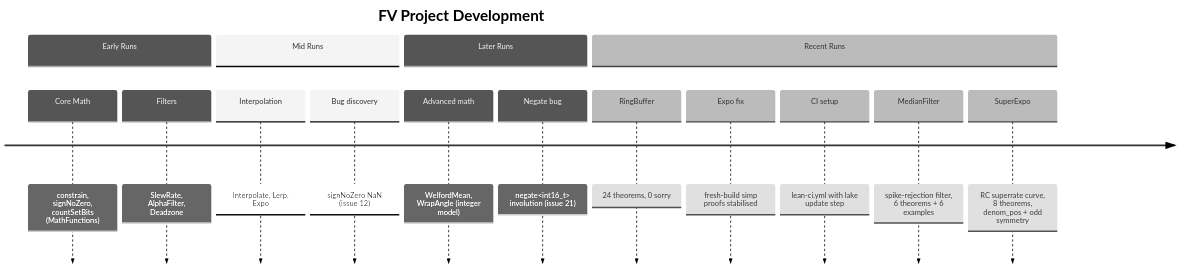
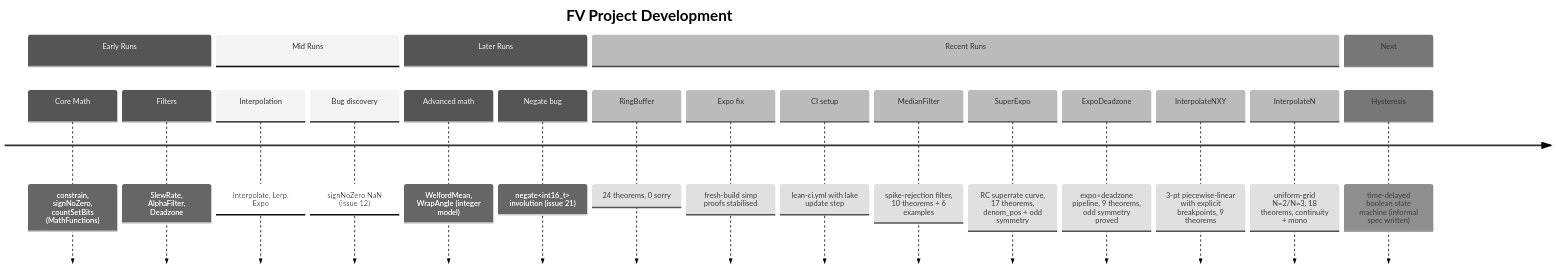
One commit to dsyme/PX4-Autopilot changed diagram 12 of 12 in formal-verification/REPORT.md. Above: the diagram before and after it, drawn with Mermaid (neutral theme). The commit also changed other lines of this file and 1 other file, not shown here.

First line of the commit message:
docs(formal-verification): update REPORT.md to 214 theorems; add Hysteresis informal spec

````diff
--- a/formal-verification/REPORT.md
+++ b/formal-verification/REPORT.md
@@ -311,19 +346,24 @@
 ```mermaid
 timeline
     title FV Project Development
     section Early Runs
         Core Math : constrain, signNoZero, countSetBits (MathFunctions)
         Filters   : SlewRate, AlphaFilter, Deadzone
     section Mid Runs
         Interpolation : Interpolate, Lerp, Expo
         Bug discovery : signNoZero NaN (issue 12)
     section Later Runs
         Advanced math  : WelfordMean, WrapAngle (integer model)
         Negate bug     : negate<int16_t> involution (issue 21)
     section Recent Runs
         RingBuffer : 24 theorems, 0 sorry
         Expo fix   : fresh-build simp proofs stabilised
         CI setup   : lean-ci.yml with lake update step
-        MedianFilter : spike-rejection filter, 6 theorems + 6 examples
-        SuperExpo  : RC superrate curve, 8 theorems, denom_pos + odd symmetry
+        MedianFilter : spike-rejection filter, 10 theorems + 6 examples
+        SuperExpo  : RC superrate curve, 17 theorems, denom_pos + odd symmetry
+        ExpoDeadzone : expo∘deadzone pipeline, 9 theorems, odd symmetry proved
+        InterpolateNXY : 3-pt piecewise-linear with explicit breakpoints, 9 theorems
+        InterpolateN : uniform-grid N=2/N=3, 18 theorems, continuity + mono
+    section Next
+        Hysteresis : time-delayed boolean state machine (informal spec written)
 ```
````
